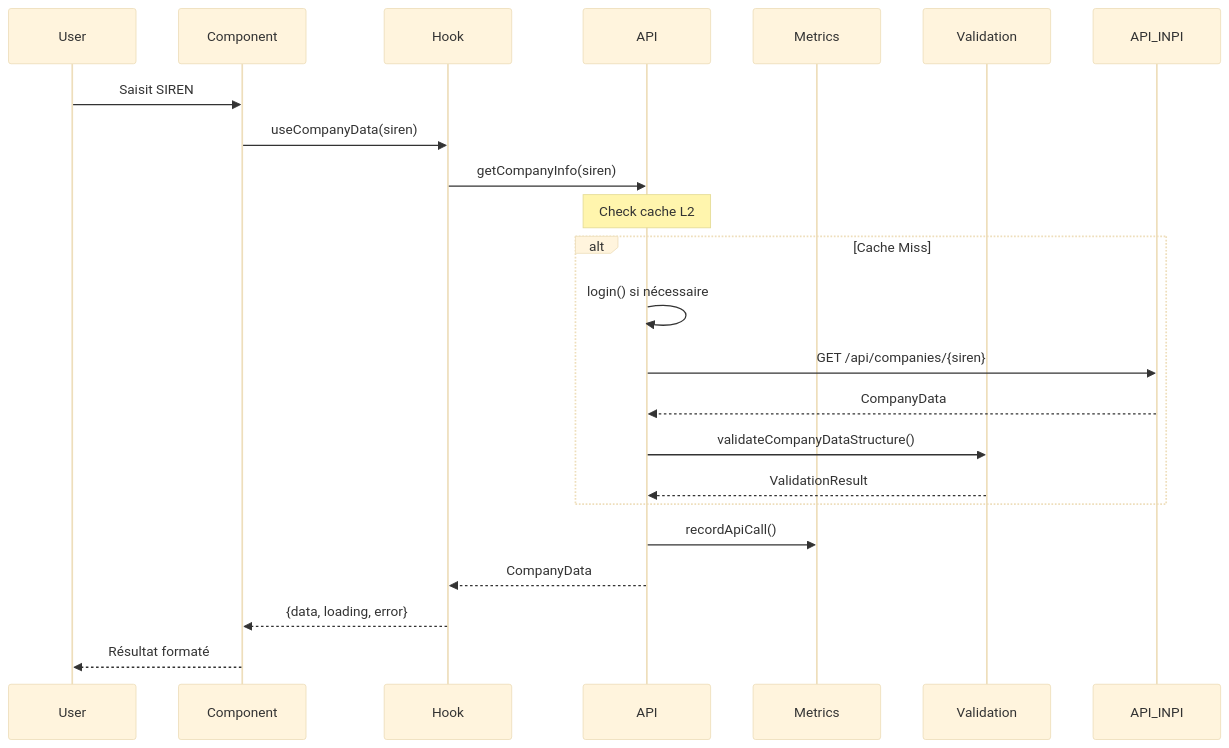
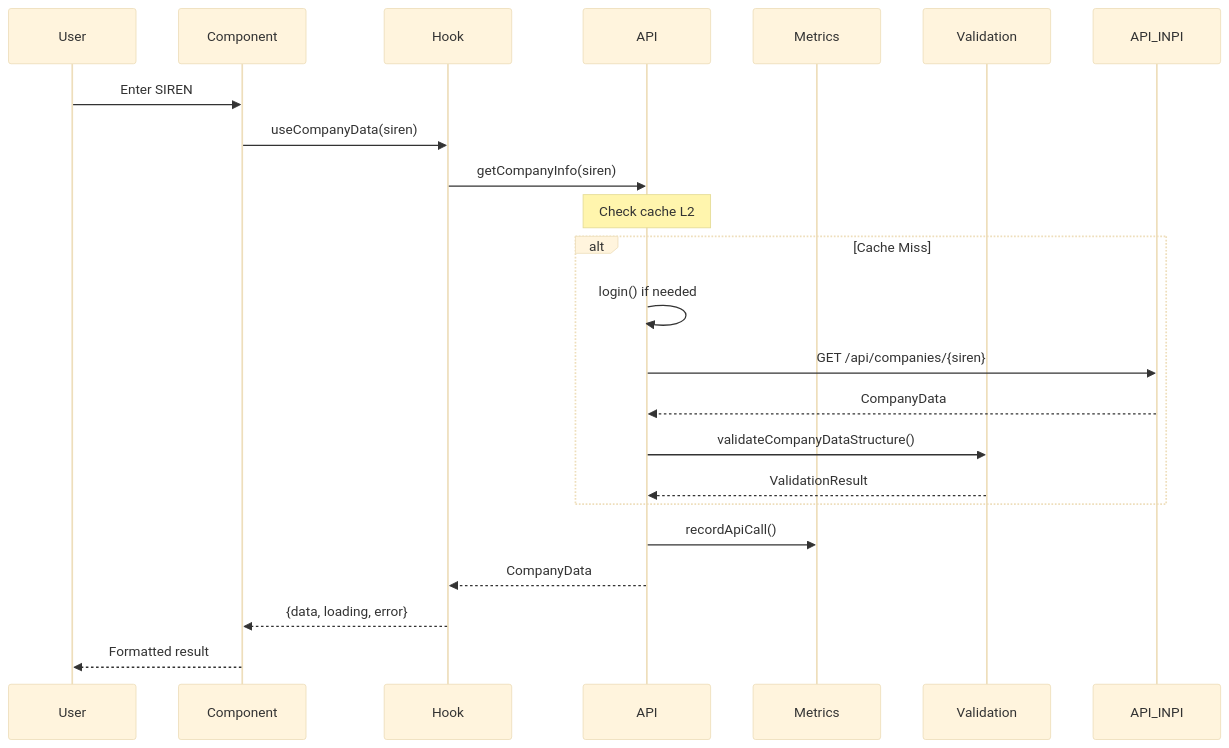
Before and after one commit to fma16/raycast-Company_autocomplete: the first of 2 diagrams in docs/ARCHITECTURE.md, drawn with Mermaid (base theme). The commit also changed other lines of this file and 17 other files, not shown here.

````diff
--- a/docs/ARCHITECTURE.md
+++ b/docs/ARCHITECTURE.md
@@ -308,27 +308,27 @@
 ```mermaid
 sequenceDiagram
     participant U as User
     participant C as Component
     participant H as Hook
     participant A as API
     participant M as Metrics
     participant V as Validation
     
-    U->>C: Saisit SIREN
+    U->>C: Enter SIREN
     C->>H: useCompanyData(siren)
     H->>A: getCompanyInfo(siren)
     
     Note over A: Check cache L2
     alt Cache Miss
-        A->>A: login() si nécessaire
+        A->>A: login() if needed
         A->>API_INPI: GET /api/companies/{siren}
         API_INPI-->>A: CompanyData
         A->>V: validateCompanyDataStructure()
         V-->>A: ValidationResult
     end
     
     A->>M: recordApiCall()
     A-->>H: CompanyData
     H-->>C: {data, loading, error}
-    C-->>U: Résultat formaté
+    C-->>U: Formatted result
 ```
````
